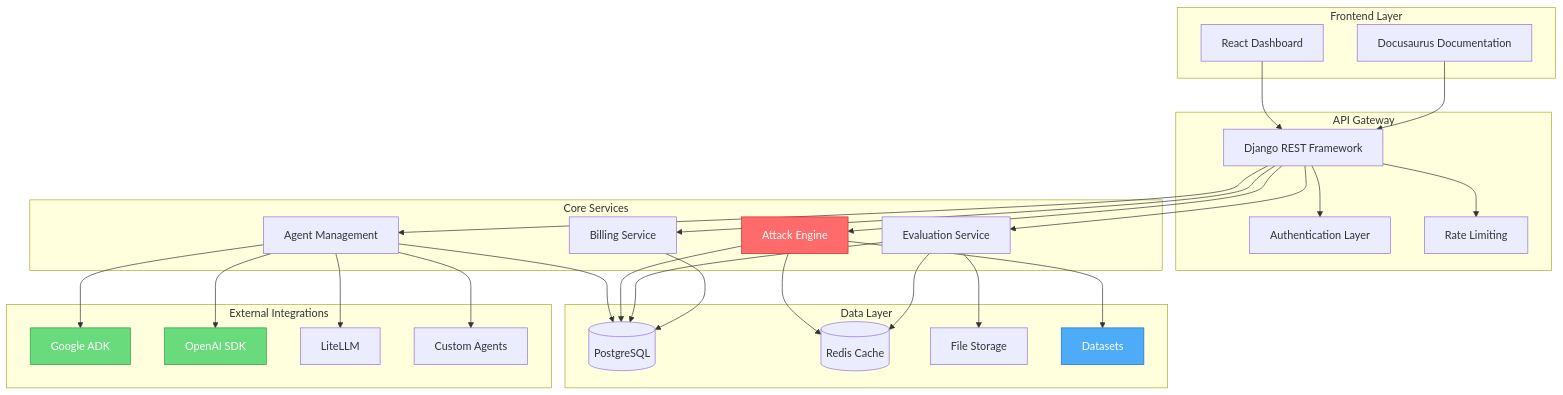
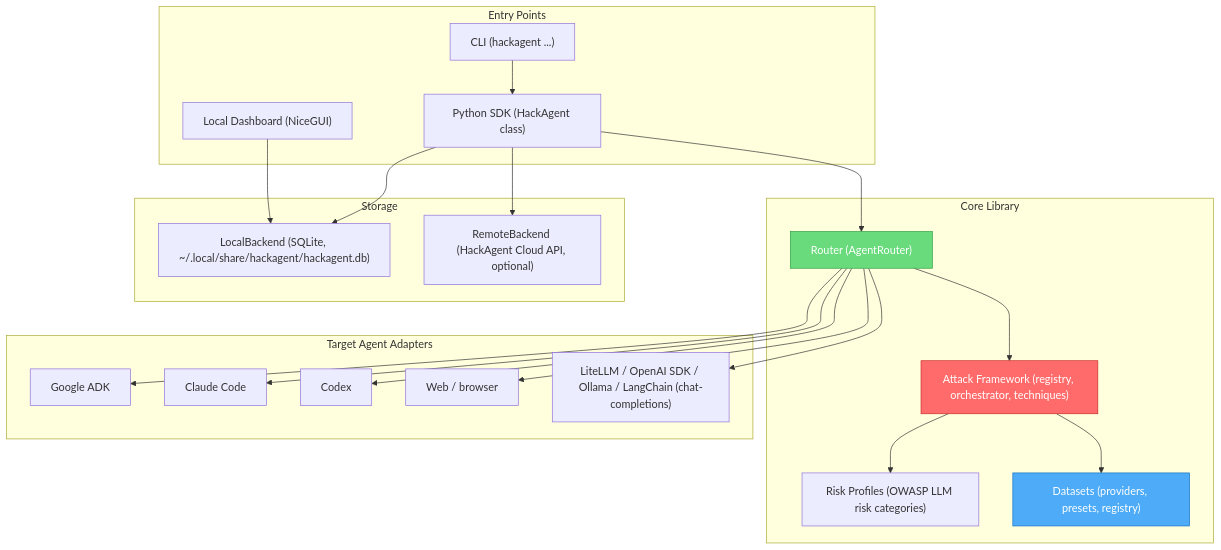
The first of 2 diagrams in docs/docs/architecture/system-overview.mdx (AISecurityLab/hackagent), drawn with Mermaid before and after one commit. The commit also changed other lines of this file and 90 other files, not shown here.

````diff
--- a/docs/docs/architecture/system-overview.mdx
+++ b/docs/docs/architecture/system-overview.mdx
@@ -11,64 +11,49 @@
 ```mermaid
 graph TB
-    subgraph "Frontend Layer"
-        UI[React Dashboard]
-        DOCS[Docusaurus Documentation]
+    subgraph "Entry Points"
+        SDK["Python SDK (HackAgent class)"]
+        CLI["CLI (hackagent ...)"]
+        DASH["Local Dashboard (NiceGUI)"]
     end
-    
-    subgraph "API Gateway"
-        API[Django REST Framework]
-        AUTH[Authentication Layer]
-        RATE[Rate Limiting]
+
+    subgraph "Core Library"
+        ROUTER["Router (AgentRouter)"]
+        ATTACKS["Attack Framework (registry, orchestrator, techniques)"]
+        RISKS["Risk Profiles (OWASP LLM risk categories)"]
+        DATASETS["Datasets (providers, presets, registry)"]
     end
-    
-    subgraph "Core Services"
-        AGENT[Agent Management]
-        ATTACK[Attack Engine]
-        EVAL[Evaluation Service]
-        BILLING[Billing Service]
+
+    subgraph "Storage"
+        LOCAL["LocalBackend (SQLite, ~/.local/share/hackagent/hackagent.db)"]
+        REMOTE["RemoteBackend (HackAgent Cloud API, optional)"]
     end
-    
-    subgraph "Data Layer"
-        DB[(PostgreSQL)]
-        CACHE[(Redis Cache)]
-        FILES[File Storage]
-        DATASETS[Datasets]
+
+    subgraph "Target Agent Adapters"
+        ADK["Google ADK"]
+        CLAUDE["Claude Code"]
+        CODEX["Codex"]
+        WEBP["Web / browser"]
+        CHAT["LiteLLM / OpenAI SDK / Ollama / LangChain (chat-completions)"]
     end
-    
-    subgraph "External Integrations"
-        ADK[Google ADK]
-        OPENAI[OpenAI SDK]
-        LITELLM[LiteLLM]
-        CUSTOM[Custom Agents]
-    end
-    
-    UI --> API
-    DOCS --> API
-    API --> AUTH
-    API --> RATE
-    API --> AGENT
-    API --> ATTACK
-    API --> EVAL
-    API --> BILLING
-    
-    AGENT --> DB
-    ATTACK --> DB
-    ATTACK --> DATASETS
-    EVAL --> DB
-    BILLING --> DB
-    
-    ATTACK --> CACHE
-    EVAL --> CACHE
-    
-    AGENT --> ADK
-    AGENT --> OPENAI
-    AGENT --> LITELLM
-    AGENT --> CUSTOM
-    
-    EVAL --> FILES
 
-    style ATTACK fill:#ff6b6b,stroke:#c92a2a,color:#fff
+    SDK --> ROUTER
+    CLI --> SDK
+    DASH --> LOCAL
+
+    ROUTER --> ATTACKS
+    ATTACKS --> RISKS
+    ATTACKS --> DATASETS
+
+    ROUTER --> ADK
+    ROUTER --> CLAUDE
+    ROUTER --> CODEX
+    ROUTER --> WEBP
+    ROUTER --> CHAT
+
+    SDK --> LOCAL
+    SDK --> REMOTE
+
+    style ATTACKS fill:#ff6b6b,stroke:#c92a2a,color:#fff
     style DATASETS fill:#4dabf7,stroke:#1971c2,color:#fff
-    style ADK fill:#69db7c,stroke:#2f9e44,color:#fff
-    style OPENAI fill:#69db7c,stroke:#2f9e44,color:#fff
+    style ROUTER fill:#69db7c,stroke:#2f9e44,color:#fff
 ```
````
